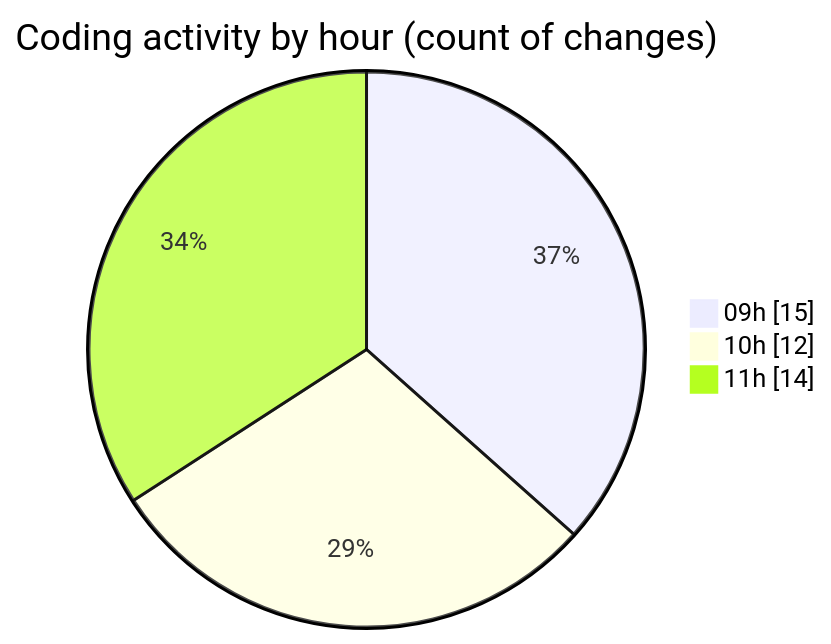
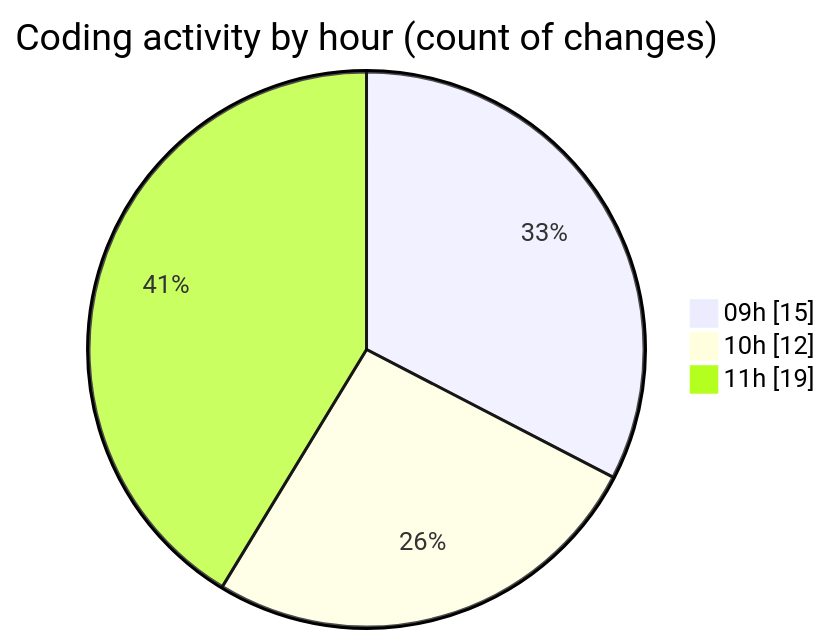
The second of 2 diagrams in 2025-09-16/datanv/README.md (lephambinh05/code-tracking), drawn with Mermaid before and after one commit. The commit also changed other lines of this file and 1 other file, not shown here.

````diff
--- a/2025-09-16/datanv/README.md
+++ b/2025-09-16/datanv/README.md
@@ -41,7 +45,7 @@
 ```mermaid
 pie showData
 title Coding activity by hour (count of changes)
 "09h" : 15
 "10h" : 12
-"11h" : 14
+"11h" : 19
 ```
````
